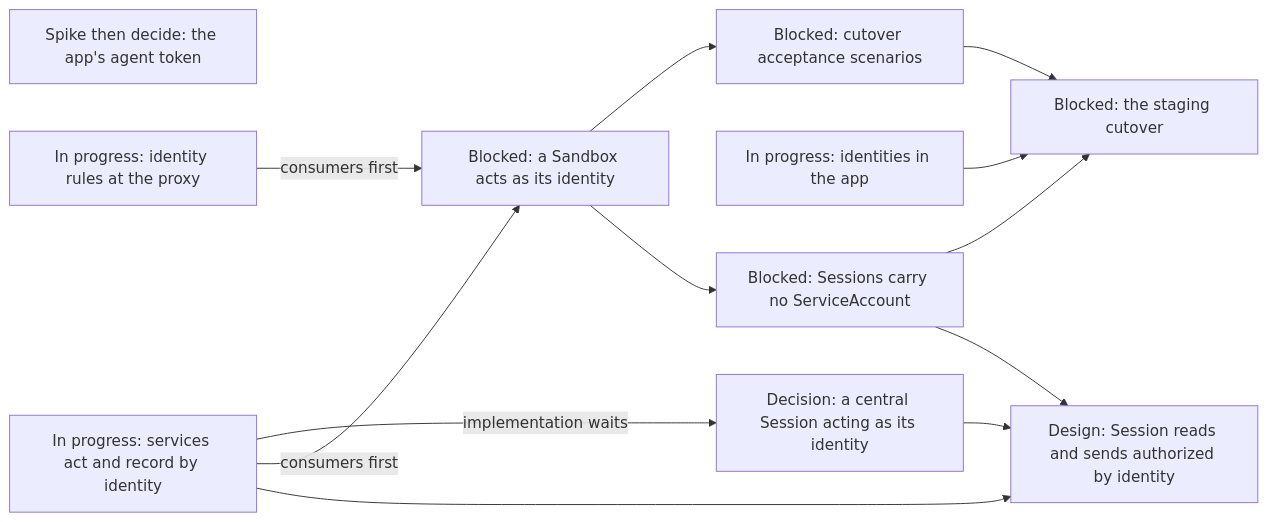
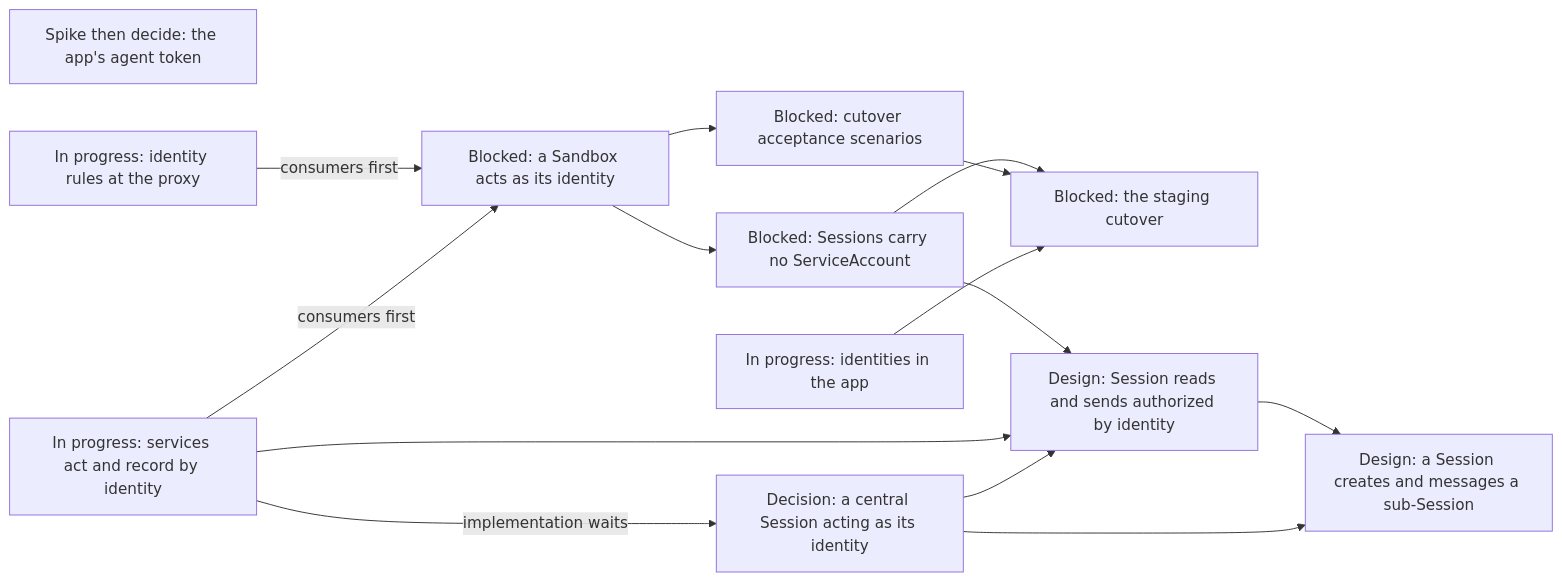
Diagram 17 of 19 in agentplane/plans/task_dag.md (agentydragon/ducktape), drawn with Mermaid before and after one commit. The commit also changed other lines of this file, not shown here.

First line of the commit message:
agentplane/plans: SESSION_SUBAGENT_DELEGATION, a Session creates and messages a sub-Session

````diff
--- a/agentplane/plans/task_dag.md
+++ b/agentplane/plans/task_dag.md
@@ -3034,21 +3034,24 @@
 ```mermaid
 flowchart LR
     APP_AGENT_TOKEN_DECISION[Spike then decide: the app's agent token]
     CENTRAL_SESSION_ACTING_DESIGN[Decision: a central Session acting as its identity]
     SERVICES_IDENTITY_PRINCIPAL -->|implementation waits| CENTRAL_SESSION_ACTING_DESIGN
     APP_IDENTITIES_UI[In progress: identities in the app]
     EGRESS_IDENTITY_RULES[In progress: identity rules at the proxy]
     SERVICES_IDENTITY_PRINCIPAL[In progress: services act and record by identity]
     SANDBOX_IDENTITY_SPEC[Blocked: a Sandbox acts as its identity]
     EGRESS_IDENTITY_RULES -->|consumers first| SANDBOX_IDENTITY_SPEC
     SERVICES_IDENTITY_PRINCIPAL -->|consumers first| SANDBOX_IDENTITY_SPEC
     SANDBOX_IDENTITY_SPEC --> IDENTITY_SYSTEM_TESTS[Blocked: cutover acceptance scenarios]
     SANDBOX_IDENTITY_SPEC --> SESSION_SA_PRINCIPAL_REMOVAL[Blocked: Sessions carry no ServiceAccount]
     SESSION_SA_PRINCIPAL_REMOVAL --> IDENTITY_CUTOVER
     SESSION_SA_PRINCIPAL_REMOVAL --> SESSION_IDENTITY_AUTHZ
+    SESSION_SUBAGENT_DELEGATION[Design: a Session creates and messages a sub-Session]
+    SESSION_IDENTITY_AUTHZ --> SESSION_SUBAGENT_DELEGATION
+    CENTRAL_SESSION_ACTING_DESIGN --> SESSION_SUBAGENT_DELEGATION
     IDENTITY_SYSTEM_TESTS --> IDENTITY_CUTOVER[Blocked: the staging cutover]
     APP_IDENTITIES_UI --> IDENTITY_CUTOVER
     SESSION_IDENTITY_AUTHZ[Design: Session reads and sends authorized by identity]
     SERVICES_IDENTITY_PRINCIPAL --> SESSION_IDENTITY_AUTHZ
     CENTRAL_SESSION_ACTING_DESIGN --> SESSION_IDENTITY_AUTHZ
 ```
````
